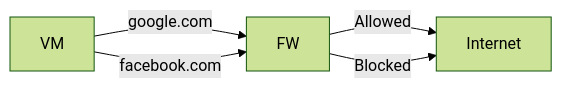
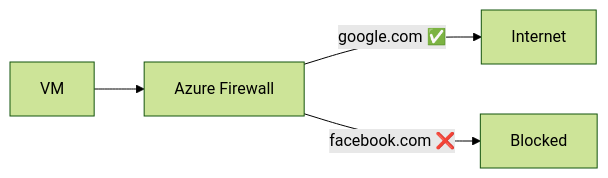
Before and after one commit to atulkamble/Azure-Firewall: the third of 10 diagrams in azure-firewall.md, drawn with Mermaid (forest theme). The commit also changed other lines of this file, not shown here.

````diff
--- a/azure-firewall.md
+++ b/azure-firewall.md
@@ -96,7 +102,6 @@
 ```mermaid
 flowchart LR
-    VM -->|google.com| FW
-    FW -->|Allowed| Internet
-    VM -->|facebook.com| FW
-    FW -->|Blocked| Internet
+    VM --> FW[Azure Firewall]
+    FW -->|"google.com ✅"| Internet
+    FW -->|"facebook.com ❌"| X[Blocked]
 ```
````
